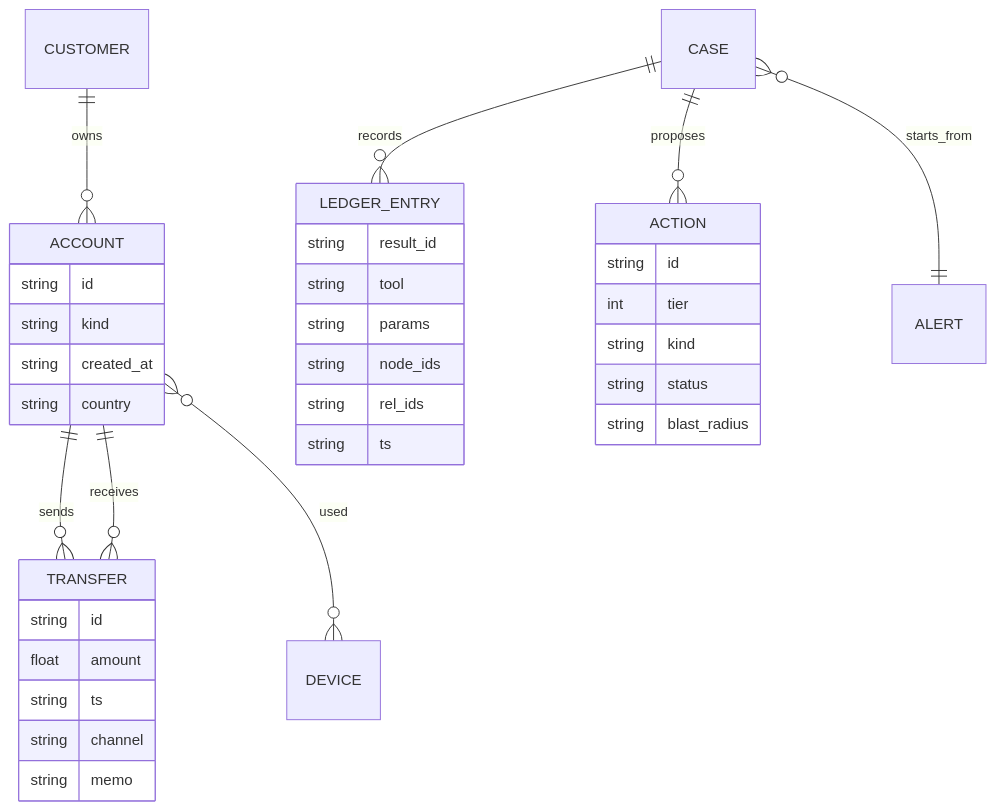
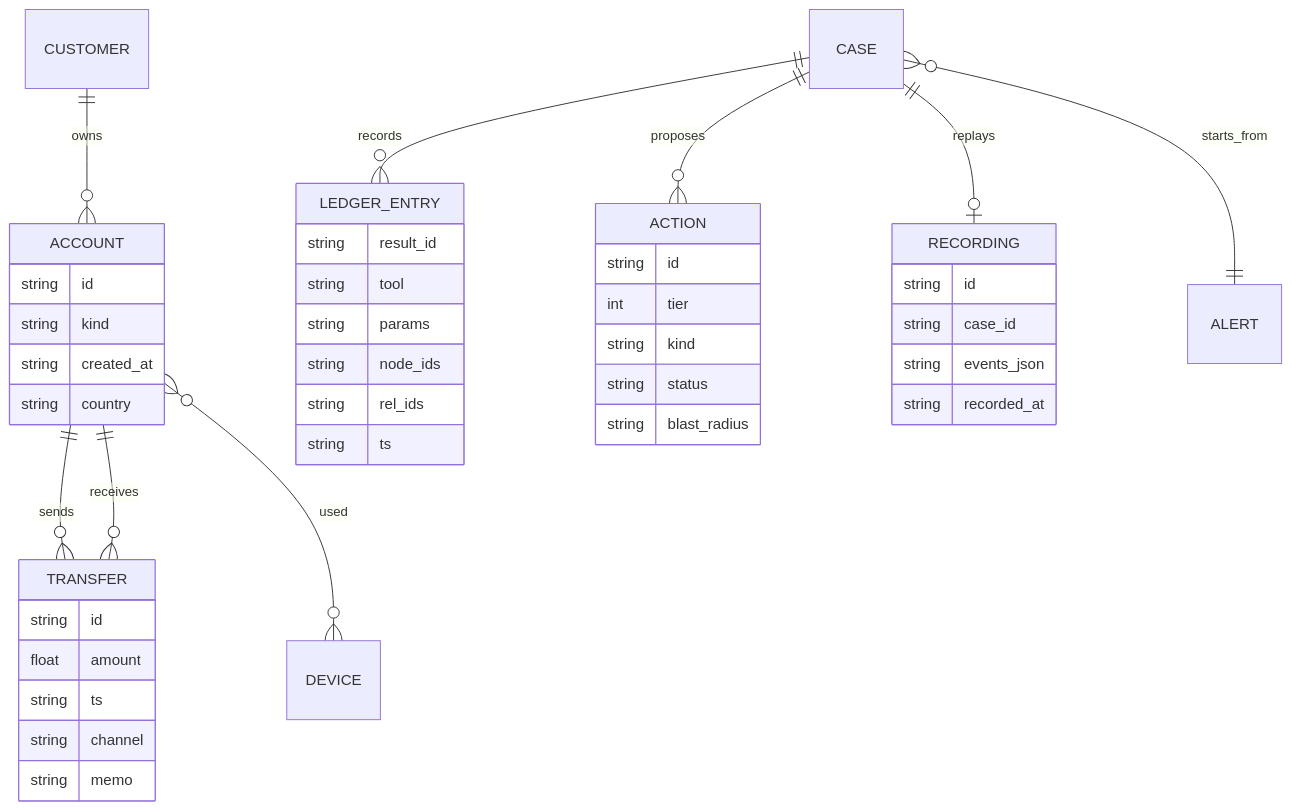
One commit to Faraz011/Lattice changed the fifth of 6 diagrams in docs/plans/2026-10-15-2001-feat-lattice-aml-investigation-agent-plan.md. Above: the diagram before and after it, drawn with Mermaid. The commit also changed other lines of this file, not shown here.

````diff
--- a/docs/plans/2026-10-15-2001-feat-lattice-aml-investigation-agent-plan.md
+++ b/docs/plans/2026-10-15-2001-feat-lattice-aml-investigation-agent-plan.md
@@ -282,14 +287,16 @@
 ```mermaid
 erDiagram
   CUSTOMER ||--o{ ACCOUNT : owns
   ACCOUNT ||--o{ TRANSFER : sends
   TRANSFER }o--|| ACCOUNT : receives
   ACCOUNT }o--o{ DEVICE : used
   CASE ||--o{ LEDGER_ENTRY : records
   CASE ||--o{ ACTION : proposes
+  CASE ||--o| RECORDING : replays
   CASE }o--|| ALERT : starts_from
   ACCOUNT { string id string kind string created_at string country }
   TRANSFER { string id float amount string ts string channel string memo }
   LEDGER_ENTRY { string result_id string tool string params string node_ids string rel_ids string ts }
   ACTION { string id int tier string kind string status string blast_radius }
+  RECORDING { string id string case_id string events_json string recorded_at }
 ```
````
